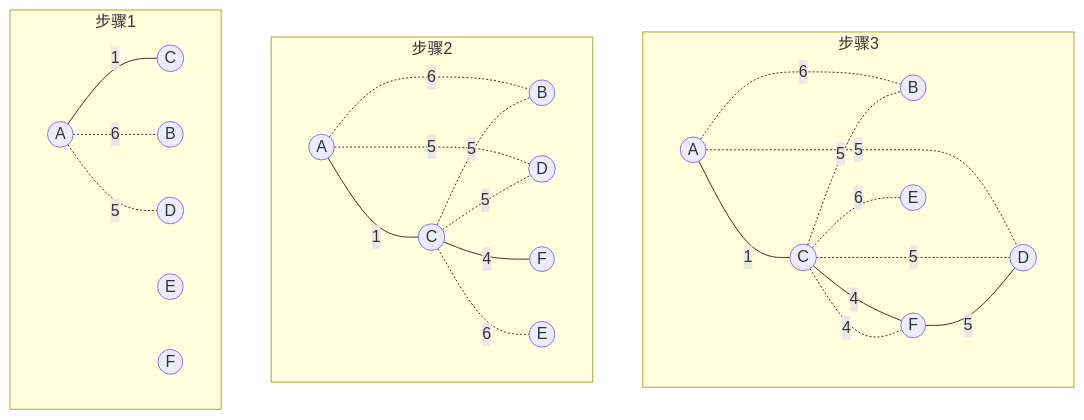
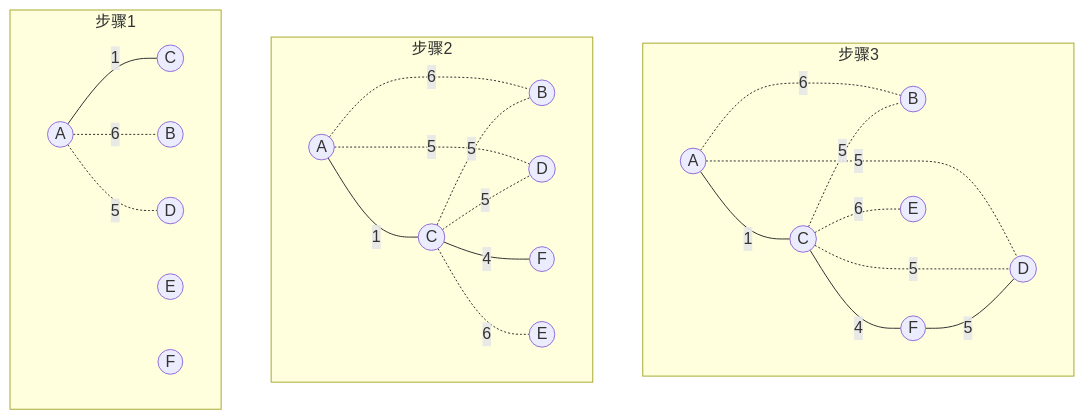
Diagram 11 of 14 in 6.md (H00001/ds), drawn with Mermaid before and after one commit. The commit also changed other lines of this file and 20 other files, not shown here.

````diff
--- a/6.md
+++ b/6.md
@@ -688,50 +683,49 @@
 ```mermaid
 graph TB
 subgraph 步骤3
 	A2((A))
 	B2((B))
 	C2((C))
 	A2--1---C2
 	A2-.6.-B2
 	A2-.5.-D2
 	C2--4---F2
 	C2-.5.-B2
-	C2-.4.-F2
 	C2-.5.-D2
 	F2--5---D2
 	C2-.6.-E2
 	D2((D))
 	E2((E))
 	F2((F))
 end
 
 
 subgraph 步骤2
 	A1((A))
 	B1((B))
 	C1((C))
 	A1--1---C1
 	A1-.6.-B1
 	A1-.5.-D1
 	C1--4---F1
 	C1-.5.-B1
 	C1-.6.-E1
 	C1-.5.-D1
 	D1((D))
 	E1((E))
 	F1((F))
 end
 
 subgraph 步骤1
 	A((A))
 	B((B))
 	C((C))
 	A--1---C
 	A-.6.-B
 	A-.5.-D
 	D((D))
 	E((E))
 	F((F))
 end
 
 ```
````
